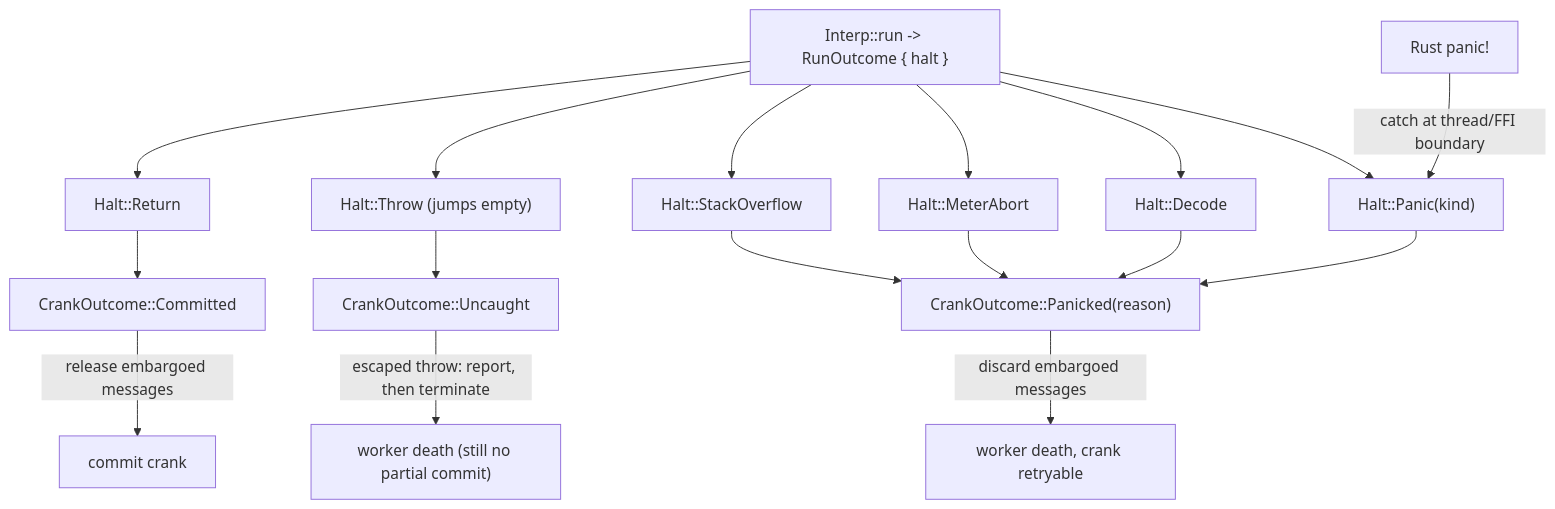
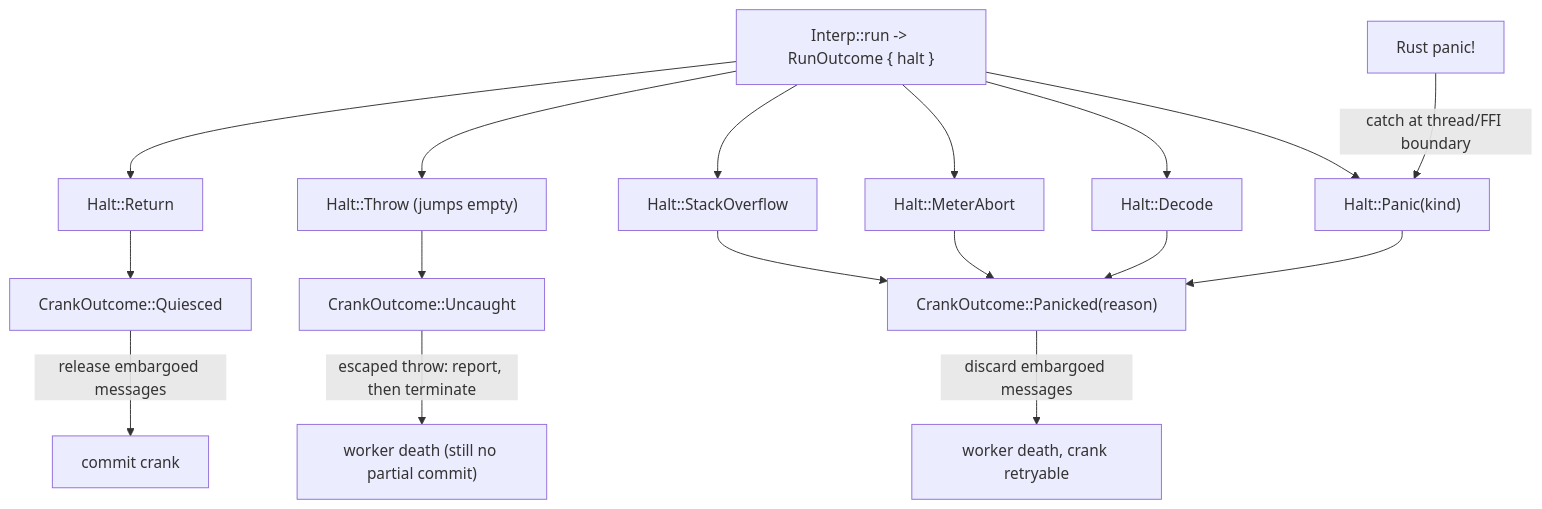
One commit to endojs/endo-but-for-bots changed the first of 2 diagrams in designs/ironhorse-panic.md. Above: the diagram before and after it, drawn with Mermaid. The commit also changed other lines of this file and 1 other file, not shown here.

````diff
--- a/designs/ironhorse-panic.md
+++ b/designs/ironhorse-panic.md
@@ -271,20 +319,20 @@
 ```mermaid
 graph TD
     RUN["Interp::run -> RunOutcome { halt }"]
     RUN --> RET["Halt::Return"]
     RUN --> THR["Halt::Throw (jumps empty)"]
     RUN --> SO["Halt::StackOverflow"]
     RUN --> MA["Halt::MeterAbort"]
     RUN --> DEC["Halt::Decode"]
     RUN --> PAN["Halt::Panic(kind)"]
     RUST["Rust panic!"] -->|catch at thread/FFI boundary| PAN
-    RET --> C["CrankOutcome::Committed"]
+    RET --> C["CrankOutcome::Quiesced"]
     THR --> U["CrankOutcome::Uncaught"]
     SO --> P["CrankOutcome::Panicked(reason)"]
     MA --> P
     DEC --> P
     PAN --> P
     C -->|release embargoed messages| COMMIT["commit crank"]
     U -->|escaped throw: report, then terminate| U2["worker death (still no partial commit)"]
     P -->|discard embargoed messages| DISCARD["worker death, crank retryable"]
 ```
````
